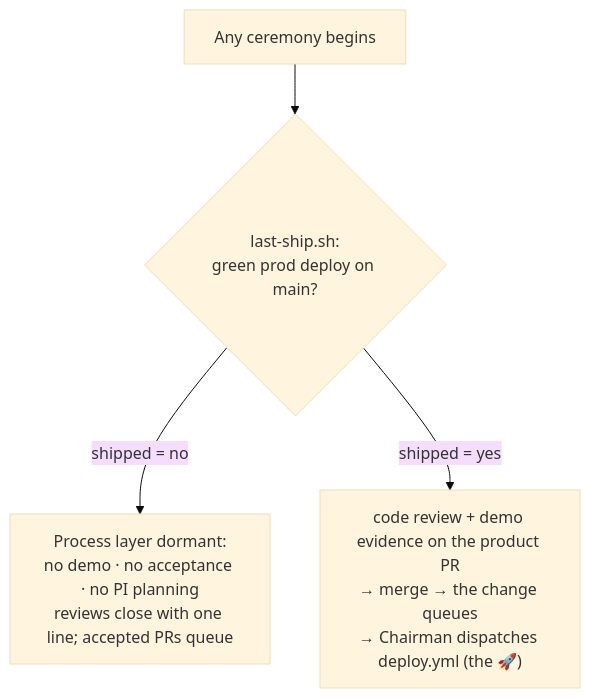
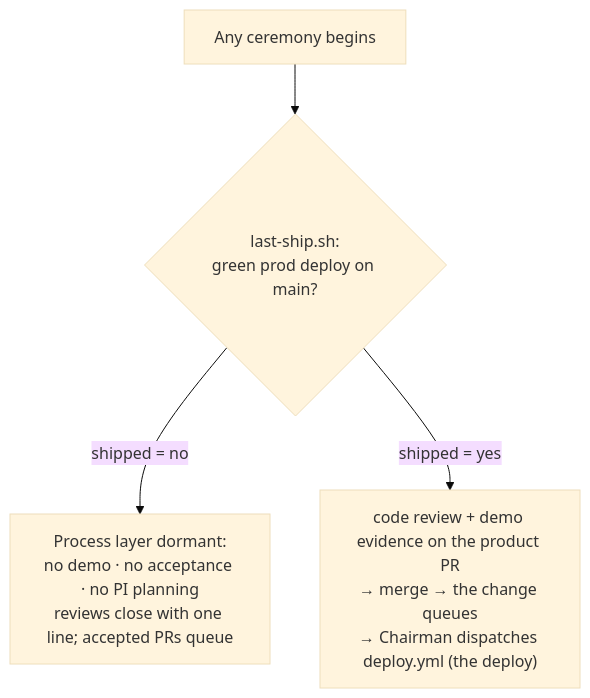
Before and after one commit to johnplantada/scrum-jail-governance-playbook: the eighth of 10 diagrams in docs/ARCHITECTURE.md, drawn with Mermaid (base theme). The commit also changed other lines of this file and 47 other files, not shown here.

````diff
--- a/docs/ARCHITECTURE.md
+++ b/docs/ARCHITECTURE.md
@@ -294,6 +293,6 @@
 ```mermaid
 flowchart TD
     Cer["Any ceremony begins"] --> Pred{"last-ship.sh:<br/>green prod deploy on main?"}
     Pred -->|"shipped = no"| Dormant["Process layer dormant:<br/>no demo · no acceptance · no PI planning<br/>reviews close with one line; accepted PRs queue"]
-    Pred -->|"shipped = yes"| Active["code review + demo evidence on the product PR<br/>→ merge → the change queues<br/>→ Chairman dispatches deploy.yml (the 🚀)"]
+    Pred -->|"shipped = yes"| Active["code review + demo evidence on the product PR<br/>→ merge → the change queues<br/>→ Chairman dispatches deploy.yml (the deploy)"]
 ```
````
